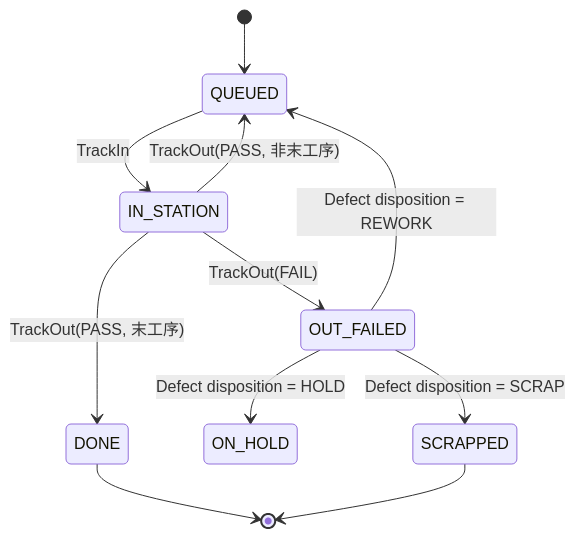
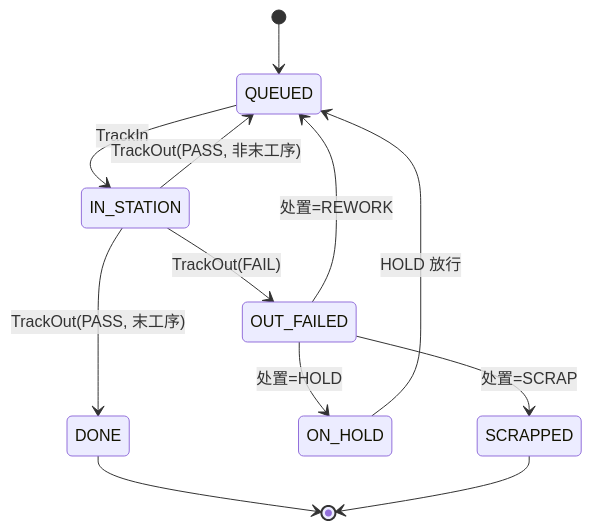
Before and after one commit to catoncat/better: the third of 3 diagrams in domain_docs/mes/spec/process/02_state_machines.md, drawn with Mermaid. The commit also changed other lines of this file and 22 other files, not shown here.

First line of the commit message:
- Flow 文档已保持“流程图 + 说明 + References”，去掉了 Legend/State Reference 等混入内容，并把节

````diff
--- a/domain_docs/mes/spec/process/02_state_machines.md
+++ b/domain_docs/mes/spec/process/02_state_machines.md
@@ -112,15 +53,18 @@
 ```mermaid
 stateDiagram-v2
   [*] --> QUEUED
   QUEUED --> IN_STATION: TrackIn
-  IN_STATION --> OUT_FAILED: TrackOut(FAIL)
+
   IN_STATION --> QUEUED: TrackOut(PASS, 非末工序)
   IN_STATION --> DONE: TrackOut(PASS, 末工序)
+  IN_STATION --> OUT_FAILED: TrackOut(FAIL)
 
-  OUT_FAILED --> ON_HOLD: Defect disposition = HOLD
-  OUT_FAILED --> SCRAPPED: Defect disposition = SCRAP
-  OUT_FAILED --> QUEUED: Defect disposition = REWORK
+  OUT_FAILED --> QUEUED: 处置=REWORK
+  OUT_FAILED --> ON_HOLD: 处置=HOLD
+  OUT_FAILED --> SCRAPPED: 处置=SCRAP
+
+  ON_HOLD --> QUEUED: HOLD 放行
 
   DONE --> [*]
   SCRAPPED --> [*]
 ```
````
